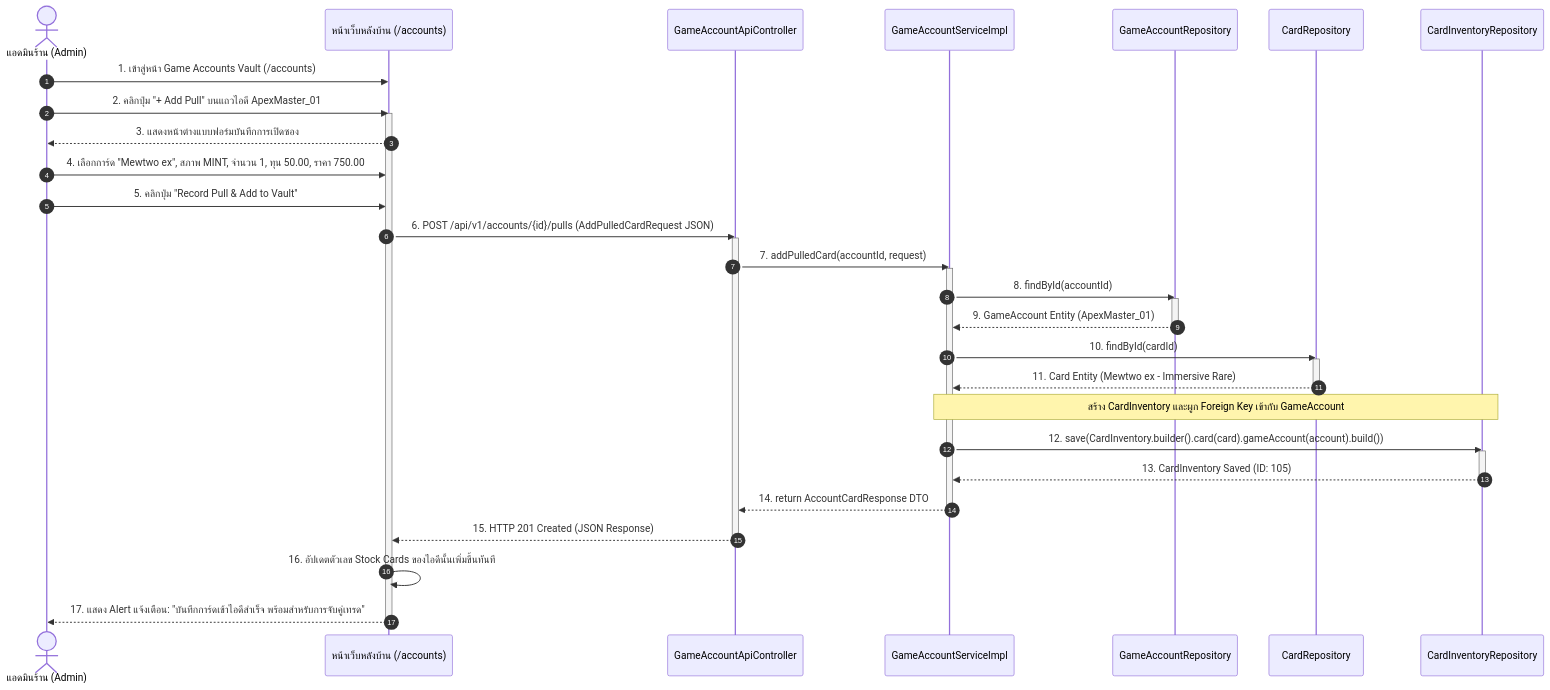
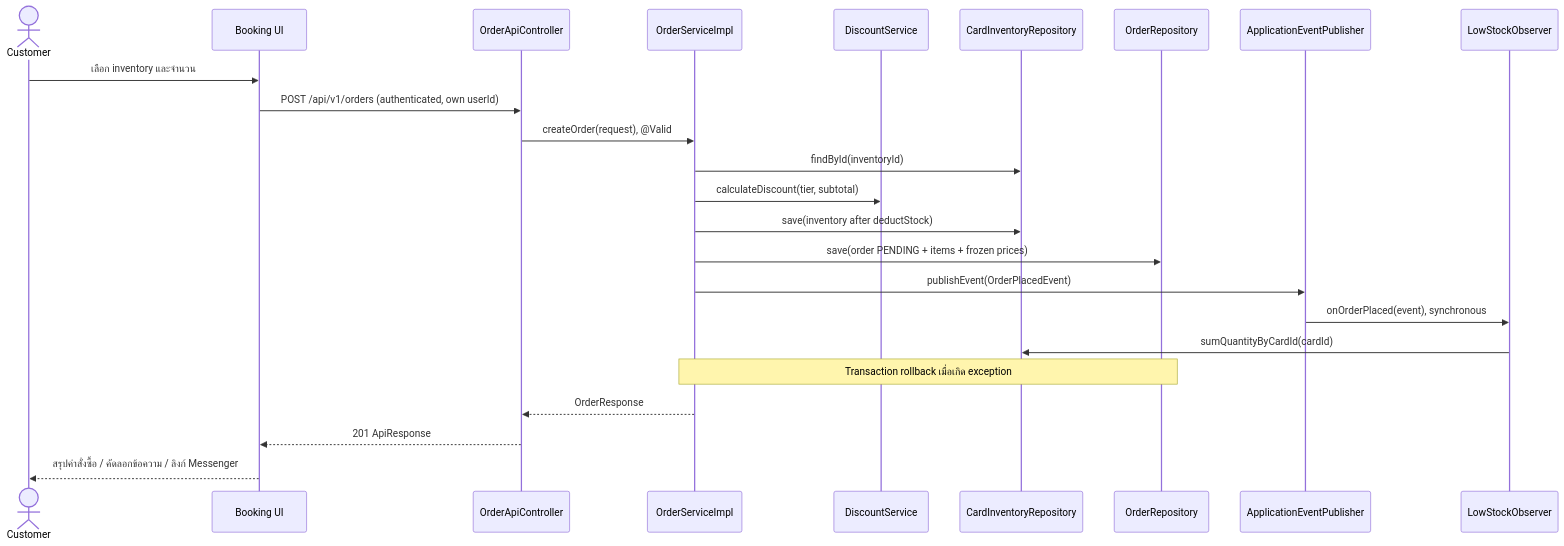
Before and after one commit to Bigzzz0/Pok-Vault_Commerce: the first of 5 diagrams in doc/diagrams/sequence-diagrams.md, drawn with Mermaid. The commit also changed other lines of this file and 246 other files, not shown here.

````diff
--- a/doc/diagrams/sequence-diagrams.md
+++ b/doc/diagrams/sequence-diagrams.md
@@ -98,48 +7,26 @@
 ```mermaid
 sequenceDiagram
-    autonumber
-    actor Admin as แอดมินร้าน (Admin)
-    participant UI as หน้าเว็บหลังบ้าน (/accounts)
-    participant Ctrl as GameAccountApiController
-    participant GASvc as GameAccountServiceImpl
-    participant GARepo as GameAccountRepository
-    participant CardRepo as CardRepository
-    participant InvRepo as CardInventoryRepository
-
-    Admin->>UI: 1. เข้าสู่หน้า Game Accounts Vault (/accounts)
-    Admin->>UI: 2. คลิกปุ่ม "+ Add Pull" บนแถวไอดี ApexMaster_01
-    activate UI
-    UI-->>Admin: 3. แสดงหน้าต่างแบบฟอร์มบันทึกการเปิดซอง
-    Admin->>UI: 4. เลือกการ์ด "Mewtwo ex", สภาพ MINT, จำนวน 1, ทุน 50.00, ราคา 750.00
-    Admin->>UI: 5. คลิกปุ่ม "Record Pull & Add to Vault"
-
-    UI->>Ctrl: 6. POST /api/v1/accounts/{id}/pulls (AddPulledCardRequest JSON)
-    activate Ctrl
-    Ctrl->>GASvc: 7. addPulledCard(accountId, request)
-    activate GASvc
-
-    GASvc->>GARepo: 8. findById(accountId)
-    activate GARepo
-    GARepo-->>GASvc: 9. GameAccount Entity (ApexMaster_01)
-    deactivate GARepo
-
-    GASvc->>CardRepo: 10. findById(cardId)
-    activate CardRepo
-    CardRepo-->>GASvc: 11. Card Entity (Mewtwo ex - Immersive Rare)
-    deactivate CardRepo
-
-    Note over GASvc,InvRepo: สร้าง CardInventory และผูก Foreign Key เข้ากับ GameAccount
-    GASvc->>InvRepo: 12. save(CardInventory.builder().card(card).gameAccount(account).build())
-    activate InvRepo
-    InvRepo-->>GASvc: 13. CardInventory Saved (ID: 105)
-    deactivate InvRepo
-
-    GASvc-->>Ctrl: 14. return AccountCardResponse DTO
-    deactivate GASvc
-    Ctrl-->>UI: 15. HTTP 201 Created (JSON Response)
-    deactivate Ctrl
-
-    UI->>UI: 16. อัปเดตตัวเลข Stock Cards ของไอดีนั้นเพิ่มขึ้นทันที
-    UI-->>Admin: 17. แสดง Alert แจ้งเตือน: "บันทึกการ์ดเข้าไอดีสำเร็จ พร้อมสำหรับการจับคู่เทรด"
-    deactivate UI
+    actor Customer
+    participant UI as Booking UI
+    participant API as OrderApiController
+    participant Service as OrderServiceImpl
+    participant Discount as DiscountService
+    participant Inventory as CardInventoryRepository
+    participant Orders as OrderRepository
+    participant Events as ApplicationEventPublisher
+    participant Observer as LowStockObserver
+    Customer->>UI: เลือก inventory และจำนวน
+    UI->>API: POST /api/v1/orders (authenticated, own userId)
+    API->>Service: createOrder(request), @Valid
+    Service->>Inventory: findById(inventoryId)
+    Service->>Discount: calculateDiscount(tier, subtotal)
+    Service->>Inventory: save(inventory after deductStock)
+    Service->>Orders: save(order PENDING + items + frozen prices)
+    Service->>Events: publishEvent(OrderPlacedEvent)
+    Events->>Observer: onOrderPlaced(event), synchronous
+    Observer->>Inventory: sumQuantityByCardId(cardId)
+    Note over Service,Orders: Transaction rollback เมื่อเกิด exception
+    Service-->>API: OrderResponse
+    API-->>UI: 201 ApiResponse
+    UI-->>Customer: สรุปคำสั่งซื้อ / คัดลอกข้อความ / ลิงก์ Messenger
 ```
````
